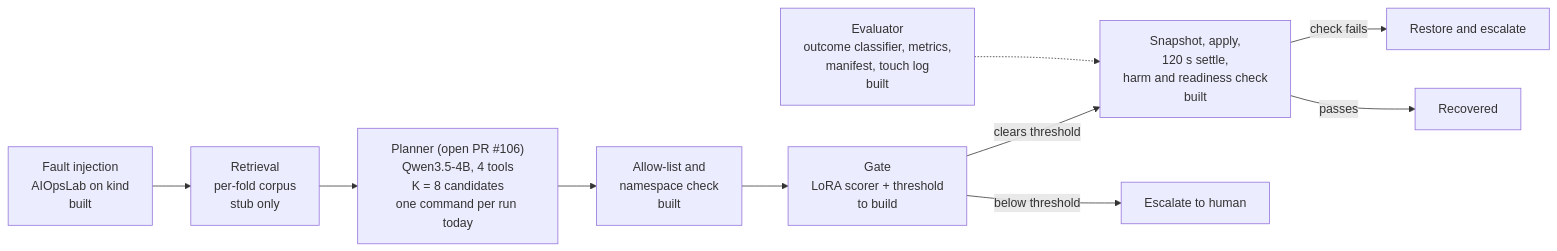
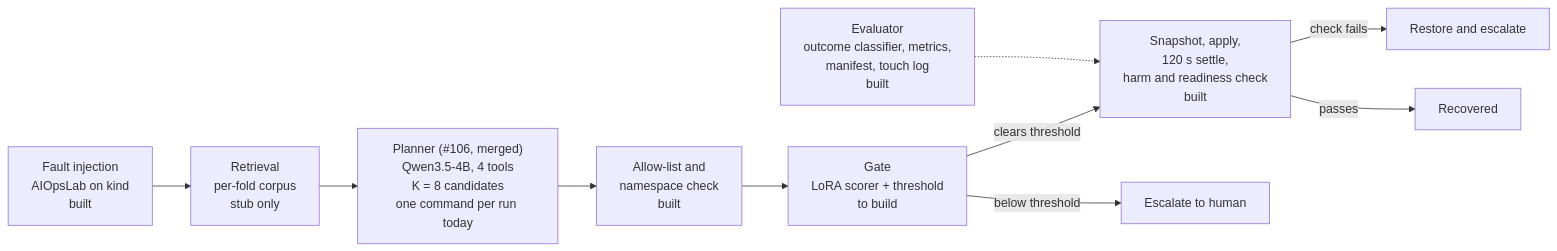
Before and after one commit to abhinavborah/k8s-RemValGate: the first of 2 diagrams in docs/mid-submission/monkey-see-monkey-do-mid-report.md, drawn with Mermaid. The commit also changed other lines of this file and 2 other files, not shown here.

Commit message:
record that the planner pull request has merged in the mid-submission report

````diff
--- a/docs/mid-submission/monkey-see-monkey-do-mid-report.md
+++ b/docs/mid-submission/monkey-see-monkey-do-mid-report.md
@@ -28,12 +28,12 @@
 ```mermaid
 flowchart LR
   F["Fault injection<br/>AIOpsLab on kind<br/>built"] --> R["Retrieval<br/>per-fold corpus<br/>stub only"]
-  R --> P["Planner (open PR #106)<br/>Qwen3.5-4B, 4 tools<br/>K = 8 candidates<br/>one command per run today"]
+  R --> P["Planner (#106, merged)<br/>Qwen3.5-4B, 4 tools<br/>K = 8 candidates<br/>one command per run today"]
   P --> A["Allow-list and<br/>namespace check<br/>built"]
   A --> G["Gate<br/>LoRA scorer + threshold<br/>to build"]
   G -->|clears threshold| S["Snapshot, apply,<br/>120 s settle,<br/>harm and readiness check<br/>built"]
   G -->|below threshold| E["Escalate to human"]
   S -->|check fails| X["Restore and escalate"]
   S -->|passes| OK["Recovered"]
   EV["Evaluator<br/>outcome classifier, metrics,<br/>manifest, touch log<br/>built"] -.-> S
 ```
````
